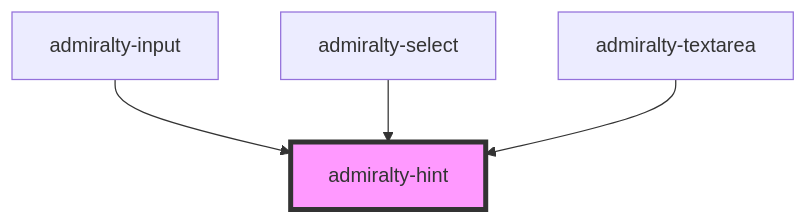
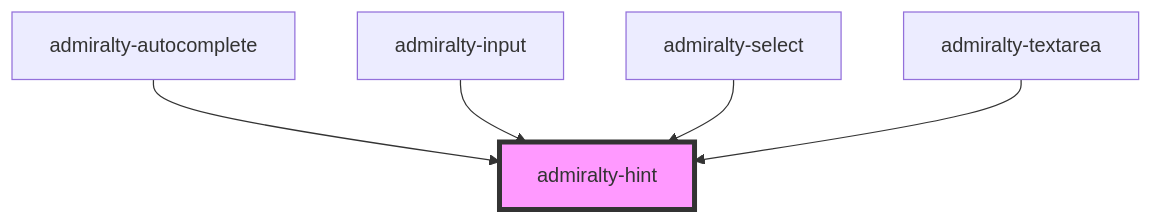
One commit to UKHO/admiralty-design-system changed the diagram in packages/core/src/components/hint/readme.md. Above: the diagram before and after it, drawn with Mermaid. The commit also changed other lines of this file and 4 other files, not shown here.

````diff
--- a/packages/core/src/components/hint/readme.md
+++ b/packages/core/src/components/hint/readme.md
@@ -31,7 +32,8 @@
 ```mermaid
 graph TD;
+  admiralty-autocomplete --> admiralty-hint
   admiralty-input --> admiralty-hint
   admiralty-select --> admiralty-hint
   admiralty-textarea --> admiralty-hint
   style admiralty-hint fill:#f9f,stroke:#333,stroke-width:4px
 ```
````
